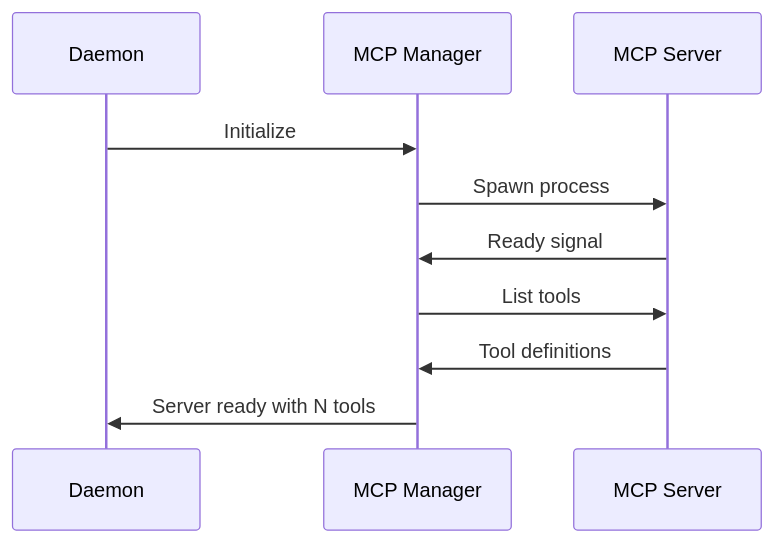
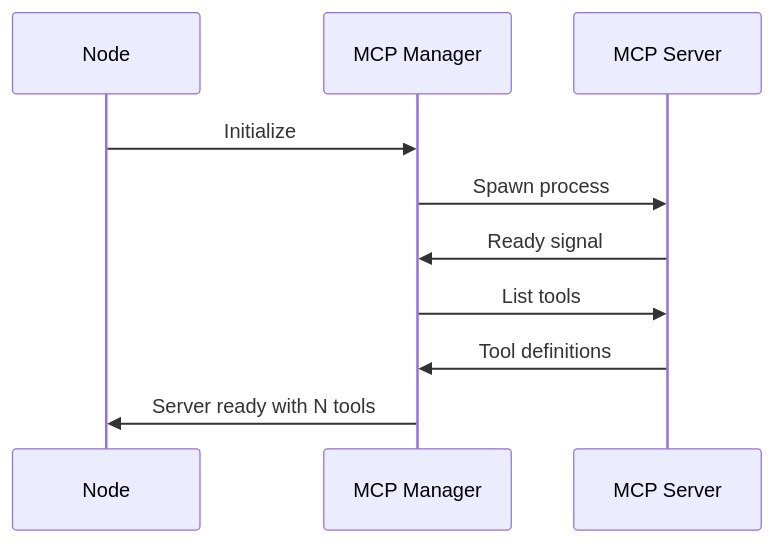
One commit to dustland/openviber changed the second of 2 diagrams in docs/design/mcp-integration.md. Above: the diagram before and after it, drawn with Mermaid. The commit also changed other lines of this file and 35 other files, not shown here.

````diff
--- a/docs/design/mcp-integration.md
+++ b/docs/design/mcp-integration.md
@@ -215,13 +206,13 @@
 ```mermaid
 sequenceDiagram
-    participant D as Daemon
+    participant N as Node
     participant M as MCP Manager
     participant S as MCP Server
 
-    D->>M: Initialize
+    N->>M: Initialize
     M->>S: Spawn process
     S->>M: Ready signal
     M->>S: List tools
     S->>M: Tool definitions
-    M->>D: Server ready with N tools
+    M->>N: Server ready with N tools
 ```
````
